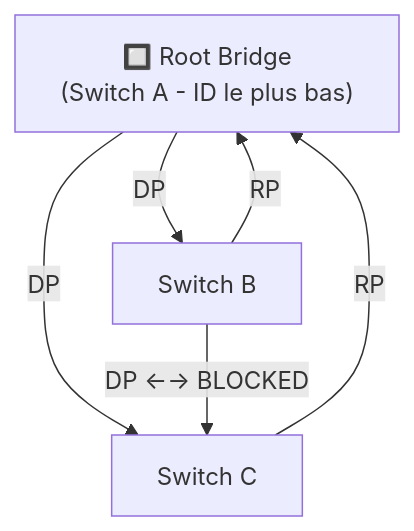
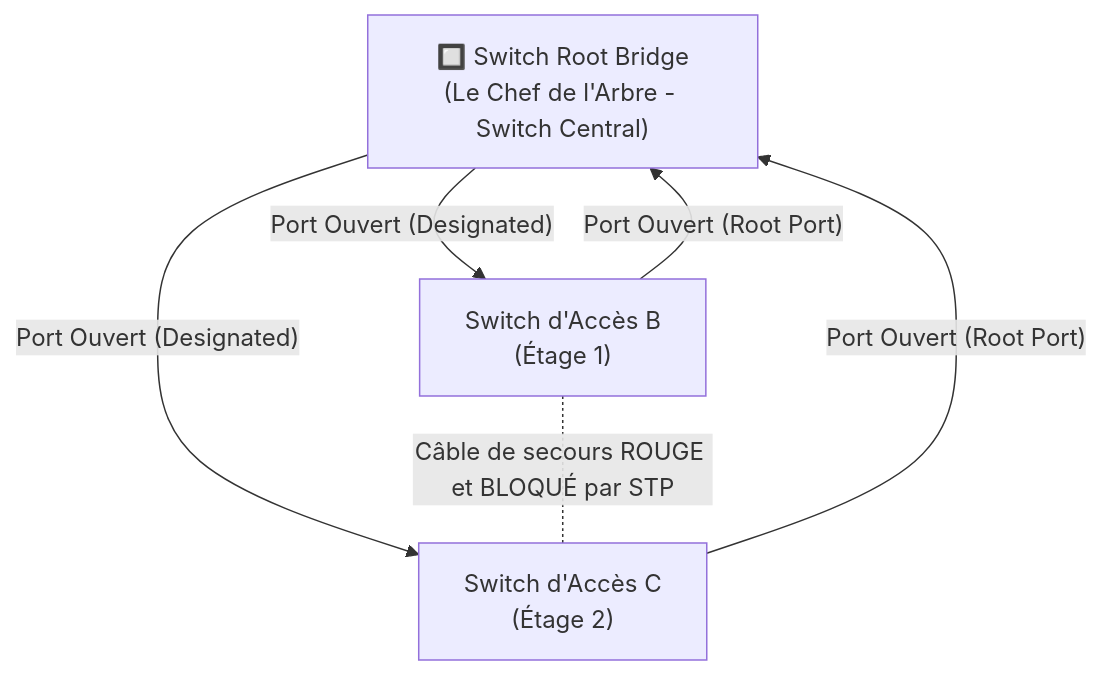
The diagram in docs/Reseau/spanning_tree.md (MontSekai/Documentations), drawn with Mermaid before and after one commit. The commit also changed other lines of this file and 50 other files, not shown here.

````diff
--- a/docs/Reseau/spanning_tree.md
+++ b/docs/Reseau/spanning_tree.md
@@ -41,12 +38,12 @@
 ```mermaid
 graph TD
-    RB["🔲 Root Bridge\n(Switch A - ID le plus bas)"]
-    SB["Switch B"]
-    SC["Switch C"]
+    RB["🔲 Switch Root Bridge\n(Le Chef de l'Arbre - Switch Central)"]
+    SB["Switch d'Accès B\n(Étage 1)"]
+    SC["Switch d'Accès C\n(Étage 2)"]
 
-    RB -- "DP" --> SB
-    RB -- "DP" --> SC
-    SB -- "RP" --> RB
-    SC -- "RP" --> RB
-    SB -- "DP ←→ BLOCKED" --> SC
+    RB -- "Port Ouvert (Designated)" --> SB
+    RB -- "Port Ouvert (Designated)" --> SC
+    SB -- "Port Ouvert (Root Port)" --> RB
+    SC -- "Port Ouvert (Root Port)" --> RB
+    SB -. "Câble de secours ROUGE et BLOQUÉ par STP" .- SC
 ```
````
